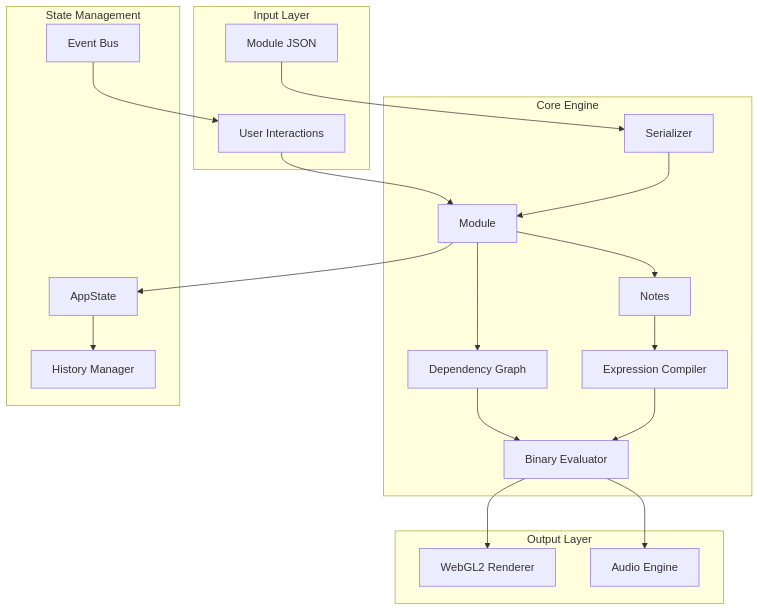
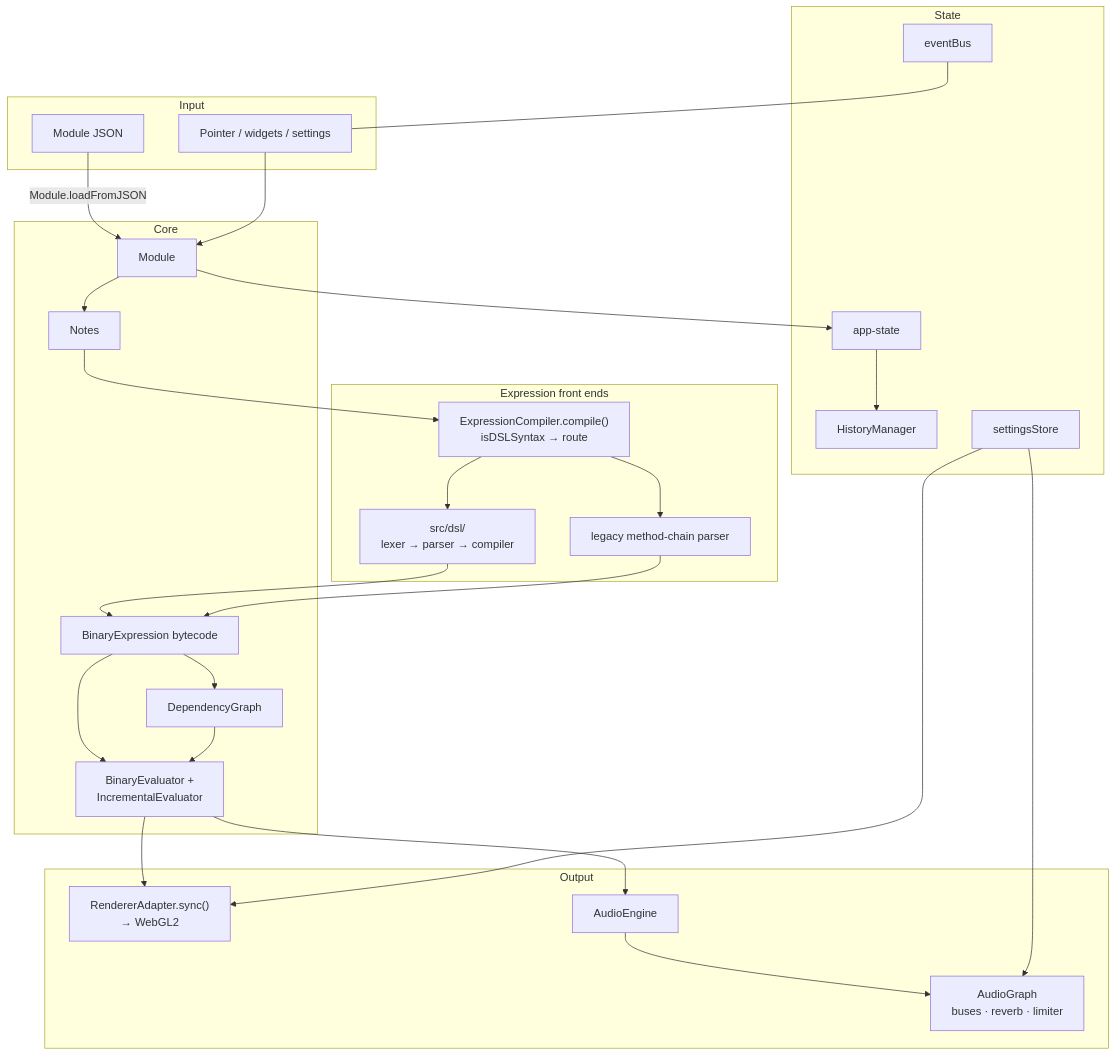
One commit to 3merillon/rmt-compose-poc changed the diagram in docs/developer/architecture/overview.md. Above: the diagram before and after it, drawn with Mermaid. The commit also changed other lines of this file and 163 other files, not shown here.

````diff
--- a/docs/developer/architecture/overview.md
+++ b/docs/developer/architecture/overview.md
@@ -14,40 +30,54 @@
 ```mermaid
 flowchart TB
-    subgraph Input["Input Layer"]
+    subgraph Input["Input"]
         JSON[Module JSON]
-        UI[User Interactions]
+        UI[Pointer / widgets / settings]
     end
 
-    subgraph Core["Core Engine"]
-        SER[Serializer]
+    subgraph Front["Expression front ends"]
+        ROUTE["ExpressionCompiler.compile()<br/>isDSLSyntax → route"]
+        DSL["src/dsl/<br/>lexer → parser → compiler"]
+        LEG["legacy method-chain parser"]
+    end
+
+    subgraph Core["Core"]
         MOD[Module]
         NOTE[Notes]
-        COMP[Expression Compiler]
-        EVAL[Binary Evaluator]
-        DEP[Dependency Graph]
+        BIN[BinaryExpression bytecode]
+        DEP[DependencyGraph]
+        EVAL["BinaryEvaluator +<br/>IncrementalEvaluator"]
     end
 
-    subgraph Output["Output Layer"]
-        REND[WebGL2 Renderer]
-        AUDIO[Audio Engine]
+    subgraph Output["Output"]
+        REND["RendererAdapter.sync()<br/>→ WebGL2"]
+        AENG[AudioEngine]
+        AGRAPH["AudioGraph<br/>buses · reverb · limiter"]
     end
 
-    subgraph State["State Management"]
-        APP[AppState]
-        HIST[History Manager]
-        BUS[Event Bus]
+    subgraph State["State"]
+        APP[app-state]
+        HIST[HistoryManager]
+        BUS[eventBus]
+        SET[settingsStore]
     end
 
-    JSON --> SER --> MOD
+    JSON -->|Module.loadFromJSON| MOD
     UI --> MOD
     MOD --> NOTE
-    NOTE --> COMP
-    COMP --> EVAL
-    MOD --> DEP
+    NOTE --> ROUTE
+    ROUTE --> DSL
+    ROUTE --> LEG
+    DSL --> BIN
+    LEG --> BIN
+    BIN --> DEP
+    BIN --> EVAL
     DEP --> EVAL
     EVAL --> REND
-    EVAL --> AUDIO
+    EVAL --> AENG
+    AENG --> AGRAPH
     MOD --> APP
     APP --> HIST
-    BUS --> UI
+    BUS --- UI
+    SET --> REND
+    SET --> AGRAPH
 ```
````
